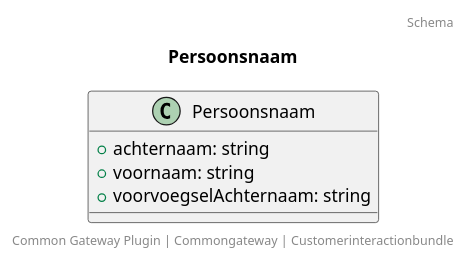
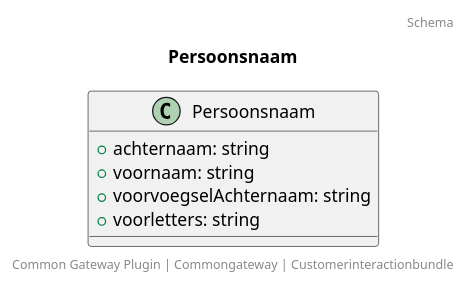
One commit to CommonGateway/CustomerInteractionBundle changed the diagram in docs/schema/klant.persoonsnaam.puml. Above: the diagram before and after it, drawn with PlantUML. The commit also changed 29 other files, not shown here.

```diff
--- a/docs/schema/klant.persoonsnaam.puml
+++ b/docs/schema/klant.persoonsnaam.puml
@@ -1,11 +1,12 @@
 @startuml
 title: Persoonsnaam
 footer: Common Gateway Plugin | Commongateway | Customerinteractionbundle 
 header: Schema
 
 class Persoonsnaam {
   + achternaam: string
   + voornaam: string
   + voorvoegselAchternaam: string
+  + voorletters: string
 }
 @enduml
```
